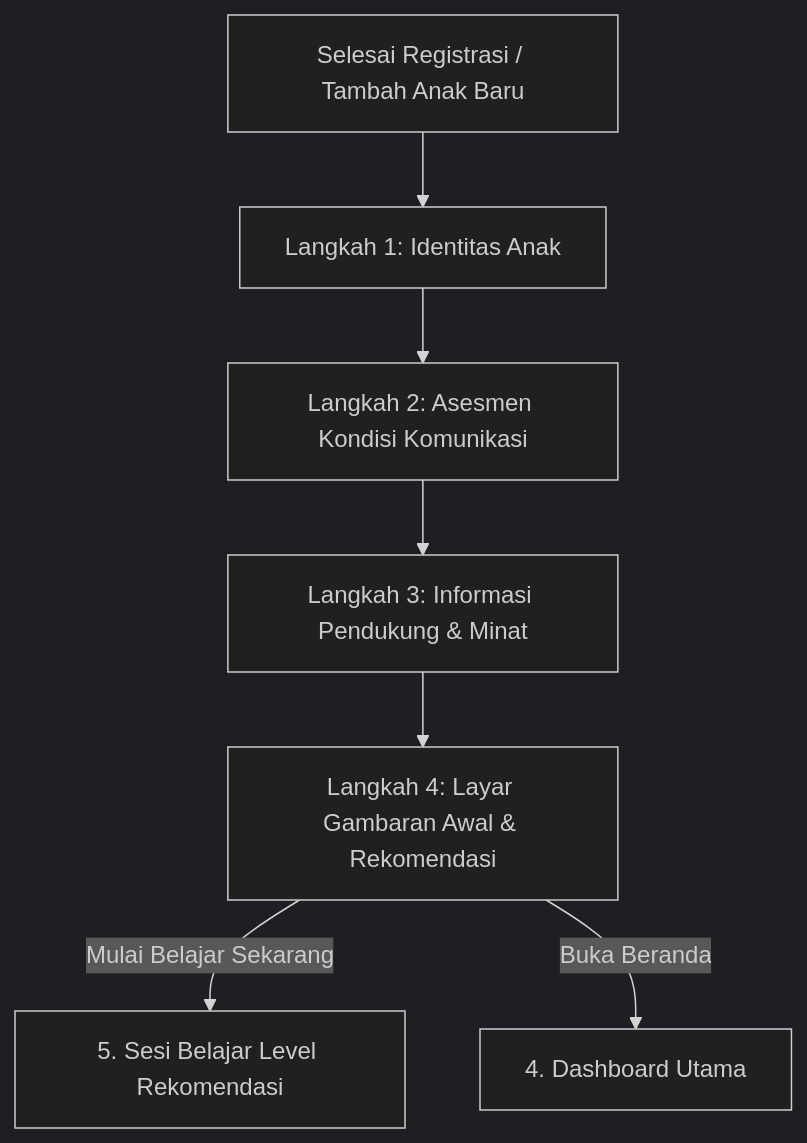
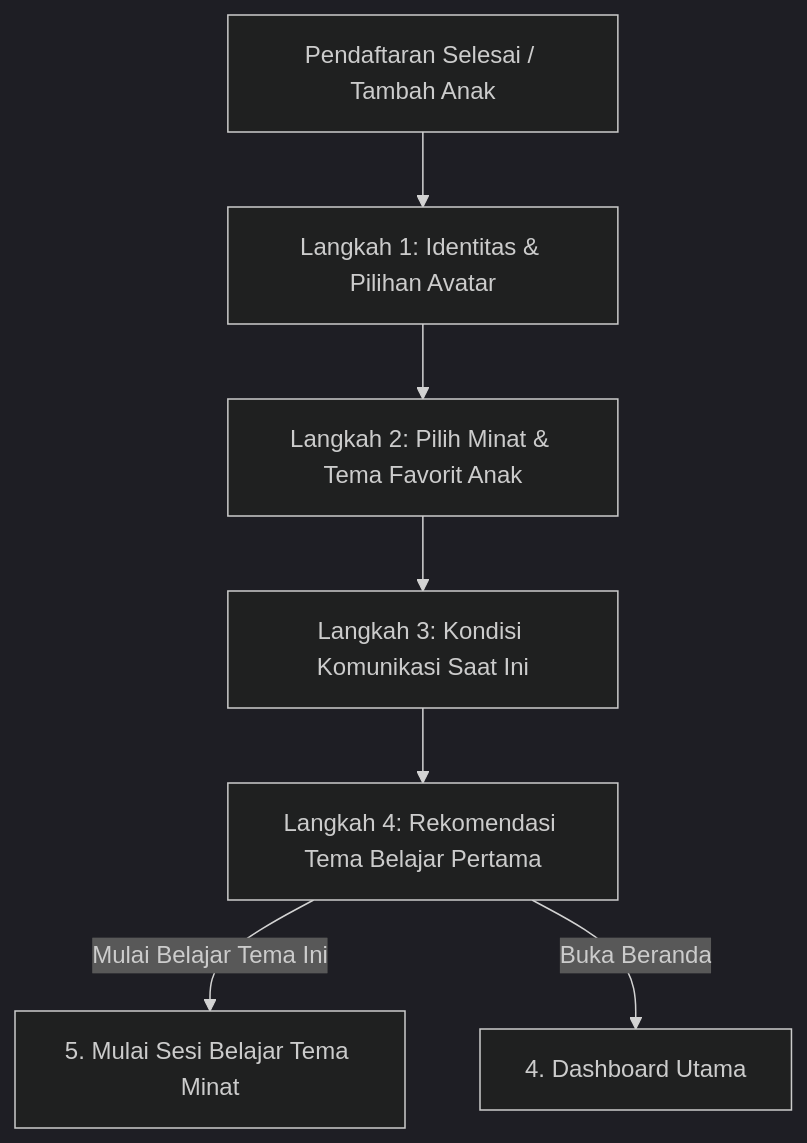
One commit to nabathnm/prd-celoteh changed the diagram in 3. Child Profile.md. Above: the diagram before and after it, drawn with Mermaid (dark theme). The commit also changed other lines of this file and 6 other files, not shown here.

````diff
--- a/3. Child Profile.md
+++ b/3. Child Profile.md
@@ -37,10 +34,10 @@
 ```mermaid
 flowchart TD
-    AuthSuccess[Selesai Registrasi / Tambah Anak Baru] --> Step1[Langkah 1: Identitas Anak]
-    Step1 --> Step2[Langkah 2: Asesmen Kondisi Komunikasi]
-    Step2 --> Step3[Langkah 3: Informasi Pendukung & Minat]
-    Step3 --> Step4[Langkah 4: Layar Gambaran Awal & Rekomendasi]
+    AuthSuccess[Pendaftaran Selesai / Tambah Anak] --> Step1[Langkah 1: Identitas & Pilihan Avatar]
+    Step1 --> Step2[Langkah 2: Pilih Minat & Tema Favorit Anak]
+    Step2 --> Step3[Langkah 3: Kondisi Komunikasi Saat Ini]
+    Step3 --> Step4[Langkah 4: Rekomendasi Tema Belajar Pertama]
     
-    Step4 -->|Mulai Belajar Sekarang| LearningFirstLesson[5. Sesi Belajar Level Rekomendasi]
+    Step4 -->|Mulai Belajar Tema Ini| StartLesson[5. Mulai Sesi Belajar Tema Minat]
     Step4 -->|Buka Beranda| Dashboard[4. Dashboard Utama]
 ```
````
